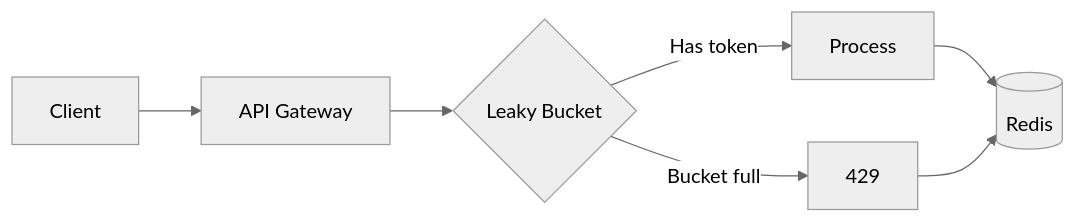
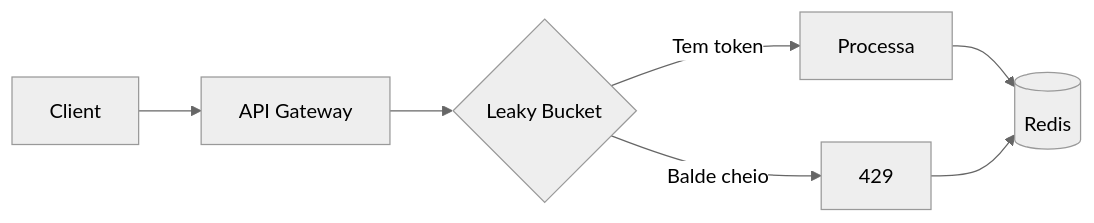
Before and after one commit to mateussiqueira/banking-stack: the diagram in packages/docs/en/challenges/09-leaky-bucket.md, drawn with Mermaid (neutral theme). The commit also changed other lines of this file and 24 other files, not shown here.

First line of the commit message:
roadmap 100%: API playground, EN sync, premium, white-label

````diff
--- a/packages/docs/en/challenges/09-leaky-bucket.md
+++ b/packages/docs/en/challenges/09-leaky-bucket.md
@@ -18,9 +106,9 @@
 ```mermaid
 flowchart LR
     A[Client] --> B[API Gateway]
     B --> C{Leaky Bucket}
-    C -->|Has token| D[Process]
-    C -->|Bucket full| E[429]
+    C -->|Tem token| D[Processa]
+    C -->|Balde cheio| E[429]
     D --> F[(Redis)]
     E --> F
 ```
````
